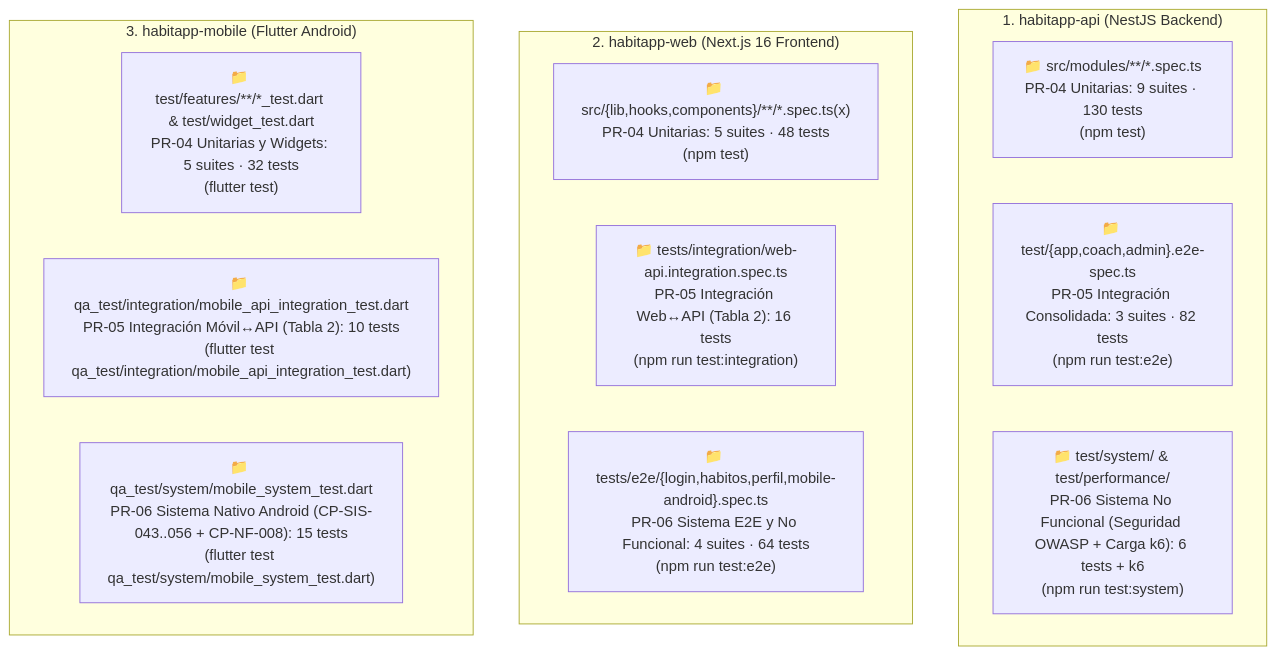
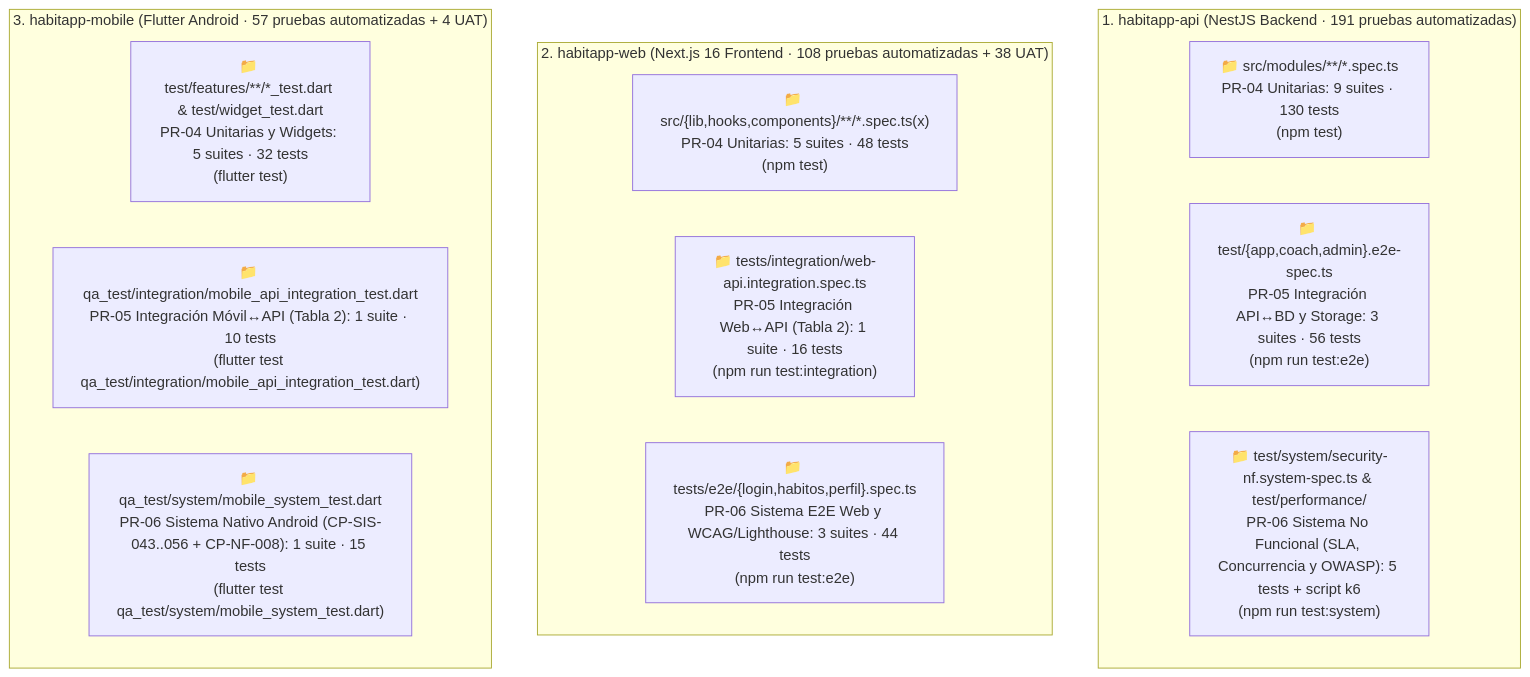
One commit to CarlosAcosta44/habitapp-web changed the diagram in .docs/5-calidad-qa/arquitectura-y-guia-ejecucion-pruebas.md. Above: the diagram before and after it, drawn with Mermaid. The commit also changed other lines of this file and 3 other files, not shown here.

````diff
--- a/.docs/5-calidad-qa/arquitectura-y-guia-ejecucion-pruebas.md
+++ b/.docs/5-calidad-qa/arquitectura-y-guia-ejecucion-pruebas.md
@@ -31,20 +39,20 @@
 ```mermaid
 flowchart TD
-    subgraph API["1. habitapp-api (NestJS Backend)"]
+    subgraph API["1. habitapp-api (NestJS Backend · 191 pruebas automatizadas)"]
         A_U["📁 src/modules/**/*.spec.ts<br/>PR-04 Unitarias: 9 suites · 130 tests<br/>(npm test)"]
-        A_I["📁 test/{app,coach,admin}.e2e-spec.ts<br/>PR-05 Integración Consolidada: 3 suites · 82 tests<br/>(npm run test:e2e)"]
-        A_S["📁 test/system/ & test/performance/<br/>PR-06 Sistema No Funcional (Seguridad OWASP + Carga k6): 6 tests + k6<br/>(npm run test:system)"]
+        A_I["📁 test/{app,coach,admin}.e2e-spec.ts<br/>PR-05 Integración API↔BD y Storage: 3 suites · 56 tests<br/>(npm run test:e2e)"]
+        A_S["📁 test/system/security-nf.system-spec.ts & test/performance/<br/>PR-06 Sistema No Funcional (SLA, Concurrencia y OWASP): 5 tests + script k6<br/>(npm run test:system)"]
     end
 
-    subgraph WEB["2. habitapp-web (Next.js 16 Frontend)"]
+    subgraph WEB["2. habitapp-web (Next.js 16 Frontend · 108 pruebas automatizadas + 38 UAT)"]
         W_U["📁 src/{lib,hooks,components}/**/*.spec.ts(x)<br/>PR-04 Unitarias: 5 suites · 48 tests<br/>(npm test)"]
-        W_I["📁 tests/integration/web-api.integration.spec.ts<br/>PR-05 Integración Web↔API (Tabla 2): 16 tests<br/>(npm run test:integration)"]
-        W_S["📁 tests/e2e/{login,habitos,perfil,mobile-android}.spec.ts<br/>PR-06 Sistema E2E y No Funcional: 4 suites · 64 tests<br/>(npm run test:e2e)"]
+        W_I["📁 tests/integration/web-api.integration.spec.ts<br/>PR-05 Integración Web↔API (Tabla 2): 1 suite · 16 tests<br/>(npm run test:integration)"]
+        W_S["📁 tests/e2e/{login,habitos,perfil}.spec.ts<br/>PR-06 Sistema E2E Web y WCAG/Lighthouse: 3 suites · 44 tests<br/>(npm run test:e2e)"]
     end
 
-    subgraph MOB["3. habitapp-mobile (Flutter Android)"]
+    subgraph MOB["3. habitapp-mobile (Flutter Android · 57 pruebas automatizadas + 4 UAT)"]
         M_U["📁 test/features/**/*_test.dart & test/widget_test.dart<br/>PR-04 Unitarias y Widgets: 5 suites · 32 tests<br/>(flutter test)"]
-        M_I["📁 qa_test/integration/mobile_api_integration_test.dart<br/>PR-05 Integración Móvil↔API (Tabla 2): 10 tests<br/>(flutter test qa_test/integration/mobile_api_integration_test.dart)"]
-        M_S["📁 qa_test/system/mobile_system_test.dart<br/>PR-06 Sistema Nativo Android (CP-SIS-043..056 + CP-NF-008): 15 tests<br/>(flutter test qa_test/system/mobile_system_test.dart)"]
+        M_I["📁 qa_test/integration/mobile_api_integration_test.dart<br/>PR-05 Integración Móvil↔API (Tabla 2): 1 suite · 10 tests<br/>(flutter test qa_test/integration/mobile_api_integration_test.dart)"]
+        M_S["📁 qa_test/system/mobile_system_test.dart<br/>PR-06 Sistema Nativo Android (CP-SIS-043..056 + CP-NF-008): 1 suite · 15 tests<br/>(flutter test qa_test/system/mobile_system_test.dart)"]
     end
 ```
````
